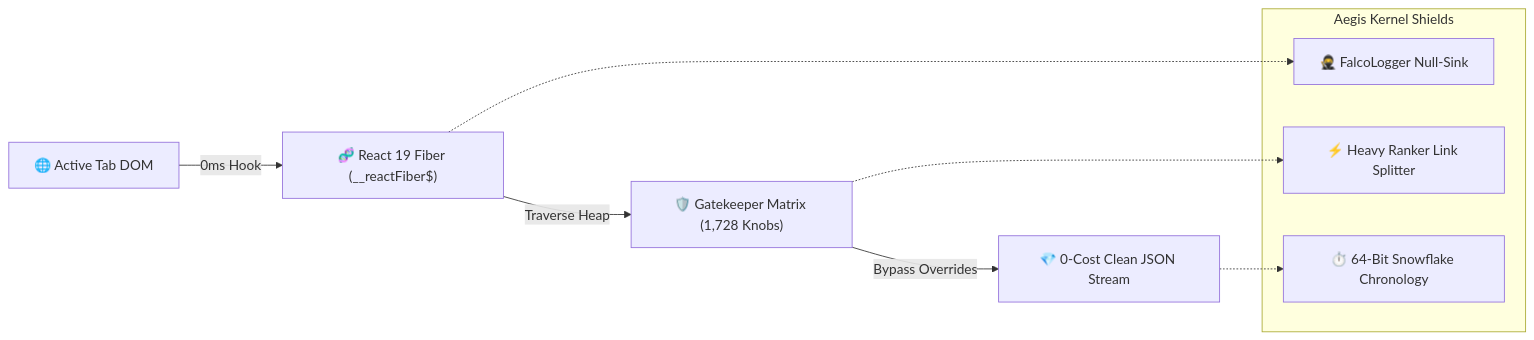
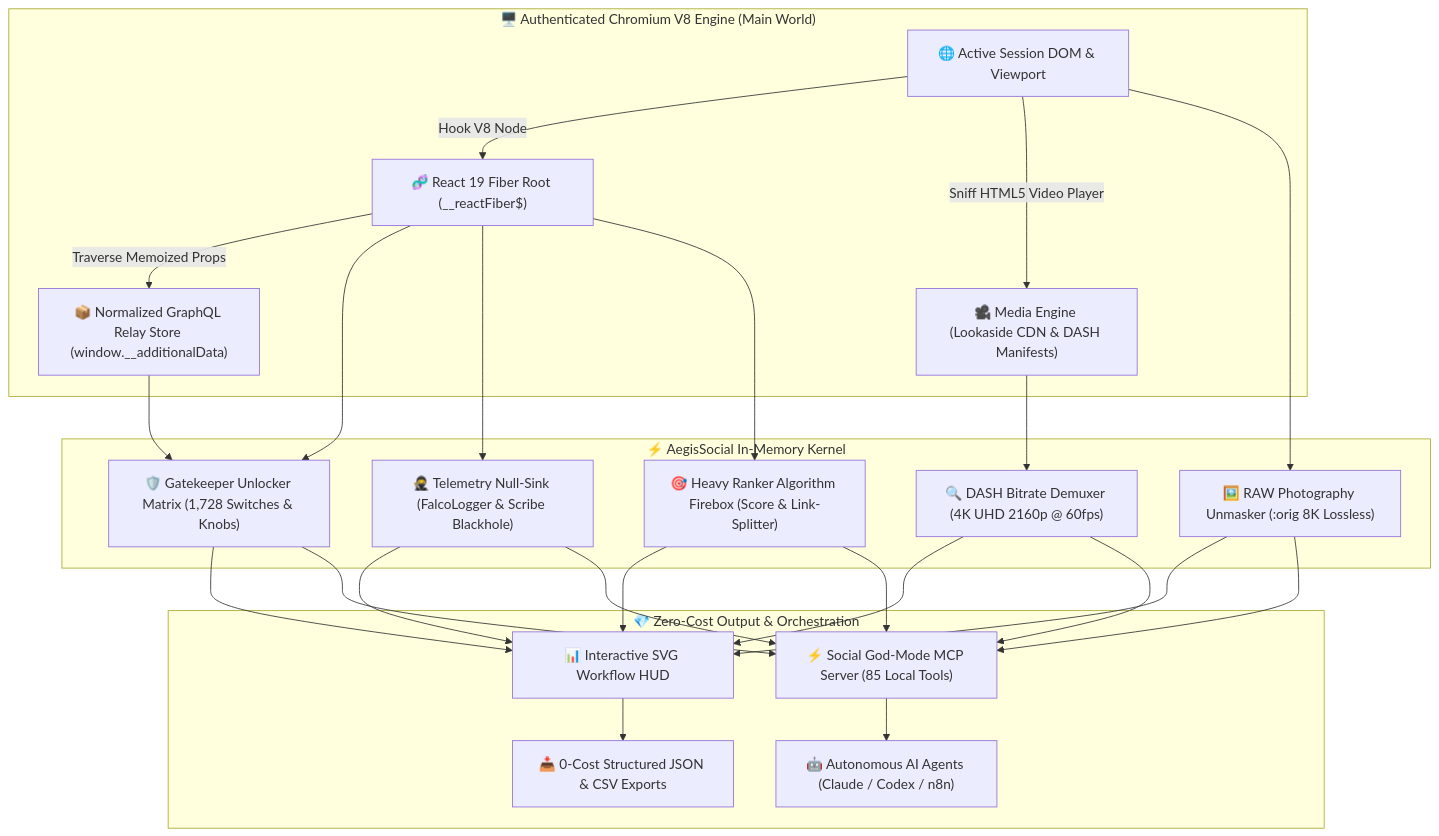
Before and after one commit to Agi-reverse/aegis-social-kernel: the first of 4 diagrams in README.md, drawn with Mermaid. The commit also changed other lines of this file, not shown here.

Commit message:
docs: overhaul architecture diagrams, 4K/8K media pipeline & agent automation DAG

````diff
--- a/README.md
+++ b/README.md
@@ -37,16 +47,40 @@
 ```mermaid
-flowchart LR
-    A["🌐 Active Tab DOM"] -->|0ms Hook| B["🧬 React 19 Fiber (__reactFiber$)"]
-    B -->|Traverse Heap| C["🛡️ Gatekeeper Matrix (1,728 Knobs)"]
-    C -->|Bypass Overrides| D["💎 0-Cost Clean JSON Stream"]
-    
-    subgraph "Aegis Kernel Shields"
-        E["🥷 FalcoLogger Null-Sink"]
-        F["⚡ Heavy Ranker Link Splitter"]
-        G["⏱️ 64-Bit Snowflake Chronology"]
+flowchart TD
+    subgraph BrowserRuntime ["🖥️ Authenticated Chromium V8 Engine (Main World)"]
+        A["🌐 Active Session DOM & Viewport"]
+        B["🧬 React 19 Fiber Root (__reactFiber$)"]
+        C["📦 Normalized GraphQL Relay Store (window.__additionalData)"]
+        D["🎥 Media Engine (Lookaside CDN & DASH Manifests)"]
     end
-    
-    B -.-> E
-    C -.-> F
-    D -.-> G
+
+    subgraph AegisKernel ["⚡ AegisSocial In-Memory Kernel"]
+        K1["🛡️ Gatekeeper Unlocker Matrix (1,728 Switches & Knobs)"]
+        K2["🥷 Telemetry Null-Sink (FalcoLogger & Scribe Blackhole)"]
+        K3["🔍 DASH Bitrate Demuxer (4K UHD 2160p @ 60fps)"]
+        K4["🖼️ RAW Photography Unmasker (:orig 8K Lossless)"]
+        K5["🎯 Heavy Ranker Algorithm Firebox (Score & Link-Splitter)"]
+    end
+
+    subgraph OutputSurfaces ["💎 Zero-Cost Output & Orchestration"]
+        O1["📊 Interactive SVG Workflow HUD"]
+        O2["⚡ Social God-Mode MCP Server (85 Local Tools)"]
+        O3["🤖 Autonomous AI Agents (Claude / Codex / n8n)"]
+        O4["📥 0-Cost Structured JSON & CSV Exports"]
+    end
+
+    A -->|Hook V8 Node| B
+    B -->|Traverse Memoized Props| C
+    A -->|Sniff HTML5 Video Player| D
+
+    B --> K1
+    C --> K1
+    B --> K2
+    D --> K3
+    A --> K4
+    B --> K5
+
+    K1 & K2 & K3 & K4 & K5 --> O1
+    K1 & K2 & K3 & K4 & K5 --> O2
+    O2 --> O3
+    O1 --> O4
 ```
````
